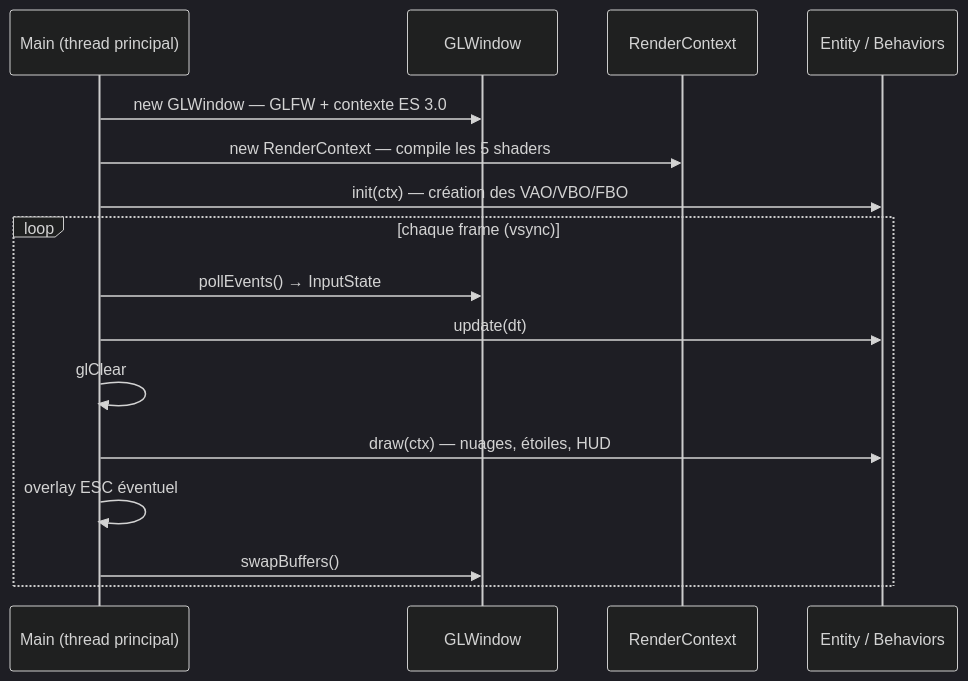
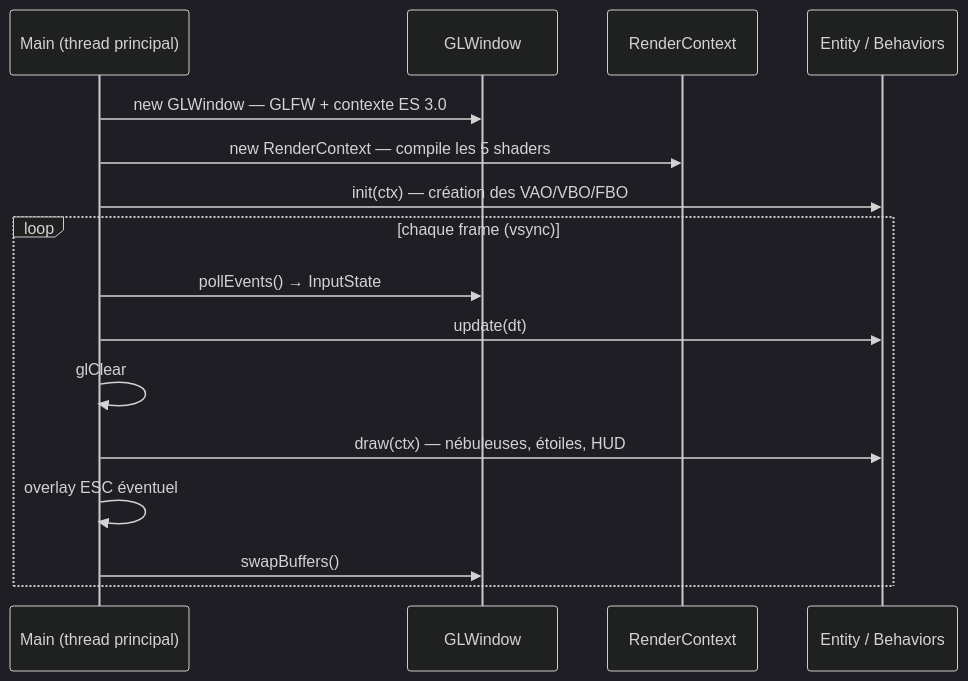
Before and after one commit to mcgivrer/demo001-arm64: the first of 2 diagrams in src/docs/12-opengl-pipeline.md, drawn with Mermaid (dark theme). The commit also changed other lines of this file and 27 other files, not shown here.

````diff
--- a/src/docs/12-opengl-pipeline.md
+++ b/src/docs/12-opengl-pipeline.md
@@ -38,19 +38,19 @@
 ```mermaid
 sequenceDiagram
     participant M as Main (thread principal)
     participant W as GLWindow
     participant C as RenderContext
     participant E as Entity / Behaviors
 
     M->>W: new GLWindow — GLFW + contexte ES 3.0
     M->>C: new RenderContext — compile les 5 shaders
     M->>E: init(ctx) — création des VAO/VBO/FBO
     loop chaque frame (vsync)
         M->>W: pollEvents() → InputState
         M->>E: update(dt)
         M->>M: glClear
-        M->>E: draw(ctx) — nuages, étoiles, HUD
+        M->>E: draw(ctx) — nébuleuses, étoiles, HUD
         M->>M: overlay ESC éventuel
         M->>W: swapBuffers()
     end
 ```
````
